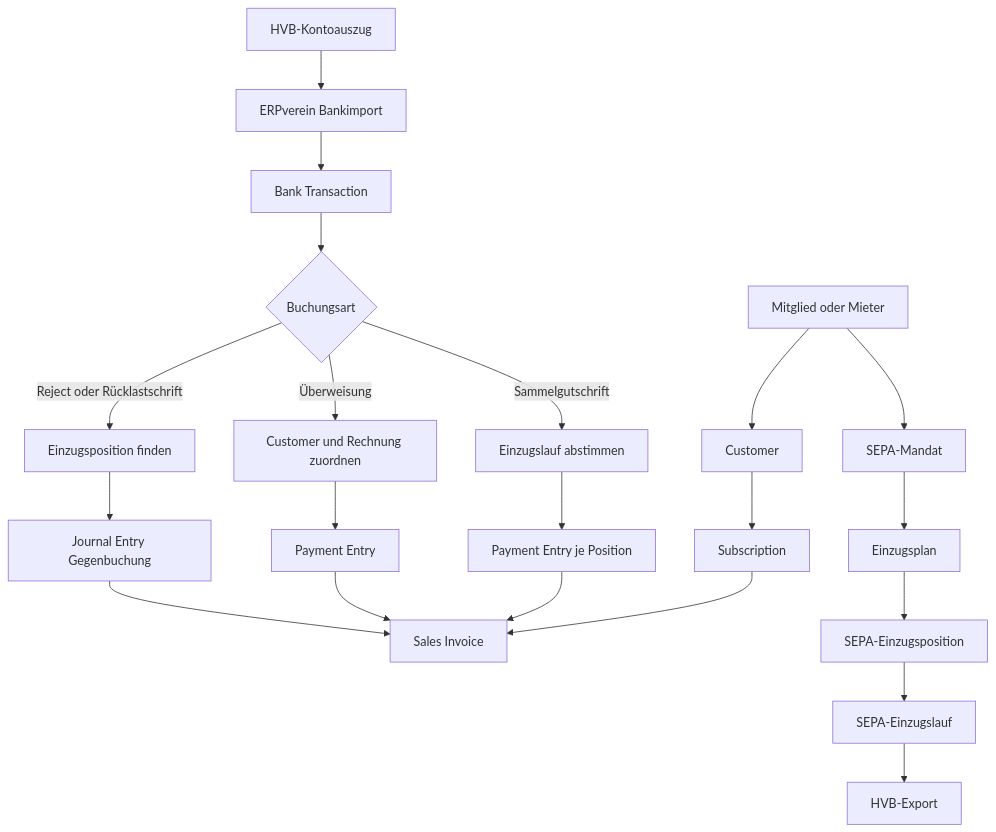
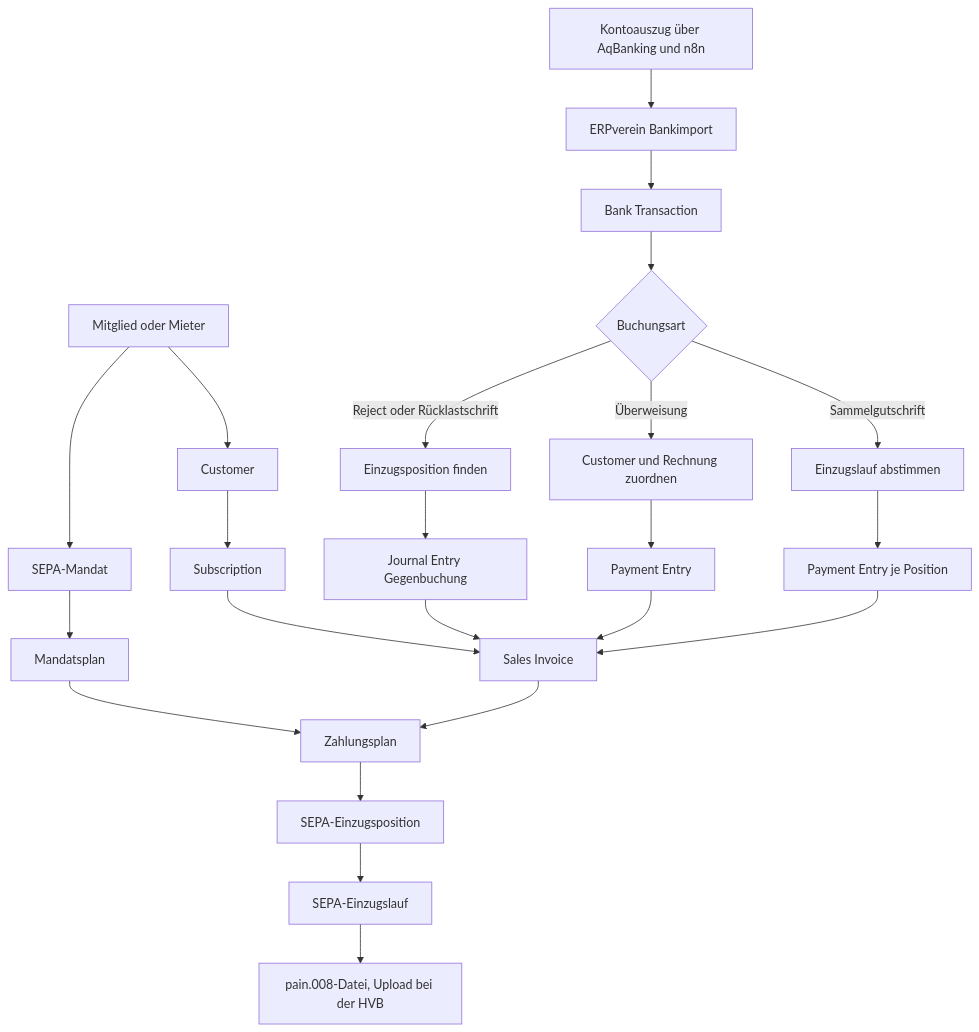
One commit to privat655/erpverein changed the first of 3 diagrams in spec.md. Above: the diagram before and after it, drawn with Mermaid. The commit also changed other lines of this file, not shown here.

First line of the commit message:
Specify payment schedule, SEPA collection run and bank reconciliation

````diff
--- a/spec.md
+++ b/spec.md
@@ -406,28 +449,30 @@
 ```mermaid
 flowchart TD
     A[Mitglied oder Mieter] --> B[Customer]
     B --> C[Subscription]
     C --> D[Sales Invoice]
 
     A --> E[SEPA-Mandat]
-    E --> F[Einzugsplan]
-    F --> G[SEPA-Einzugsposition]
+    E --> F[Mandatsplan]
+    D --> Z[Zahlungsplan]
+    F --> Z
+    Z --> G[SEPA-Einzugsposition]
     G --> H[SEPA-Einzugslauf]
-    H --> I[HVB-Export]
+    H --> I[pain.008-Datei, Upload bei der HVB]
 
-    J[HVB-Kontoauszug] --> K[ERPverein Bankimport]
+    J[Kontoauszug über AqBanking und n8n] --> K[ERPverein Bankimport]
     K --> L[Bank Transaction]
 
     L --> M{Buchungsart}
     M -->|Sammelgutschrift| N[Einzugslauf abstimmen]
     N --> O[Payment Entry je Position]
     O --> D
 
     M -->|Überweisung| P[Customer und Rechnung zuordnen]
     P --> Q[Payment Entry]
     Q --> D
 
     M -->|Reject oder Rücklastschrift| R[Einzugsposition finden]
     R --> S[Journal Entry Gegenbuchung]
     S --> D
 ```
````
